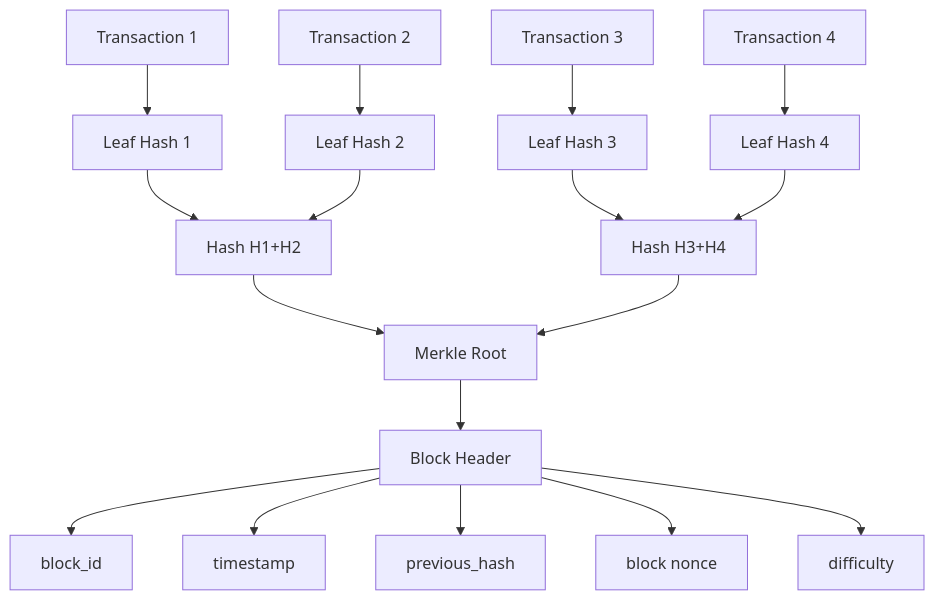
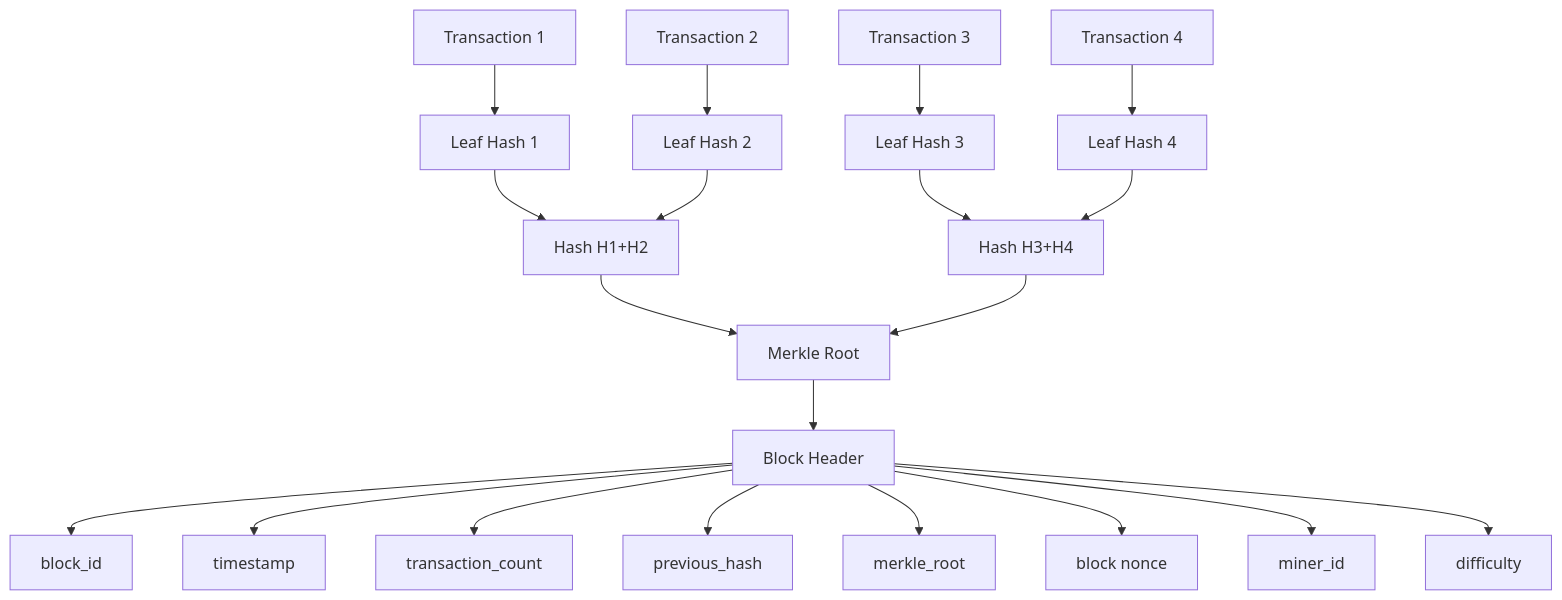
One commit to tejirijesse/aht-blockchain-summative changed the second of 9 diagrams in docs/SYSTEM_DESIGN_DIAGRAM.md. Above: the diagram before and after it, drawn with Mermaid. The commit also changed other lines of this file and 1 other file, not shown here.

````diff
--- a/docs/SYSTEM_DESIGN_DIAGRAM.md
+++ b/docs/SYSTEM_DESIGN_DIAGRAM.md
@@ -29,19 +29,22 @@
 ```mermaid
 flowchart TB
     T1[Transaction 1] --> H1[Leaf Hash 1]
     T2[Transaction 2] --> H2[Leaf Hash 2]
     T3[Transaction 3] --> H3[Leaf Hash 3]
     T4[Transaction 4] --> H4[Leaf Hash 4]
     H1 --> P1[Hash H1+H2]
     H2 --> P1
     H3 --> P2[Hash H3+H4]
     H4 --> P2
     P1 --> MR[Merkle Root]
     P2 --> MR
     MR --> BH[Block Header]
     BH --> BID[block_id]
     BH --> TS[timestamp]
+    BH --> TC[transaction_count]
     BH --> PC[previous_hash]
+    BH --> MROOT[merkle_root]
     BH --> NONCE[block nonce]
+    BH --> MID[miner_id]
     BH --> DIFF[difficulty]
 ```
````
